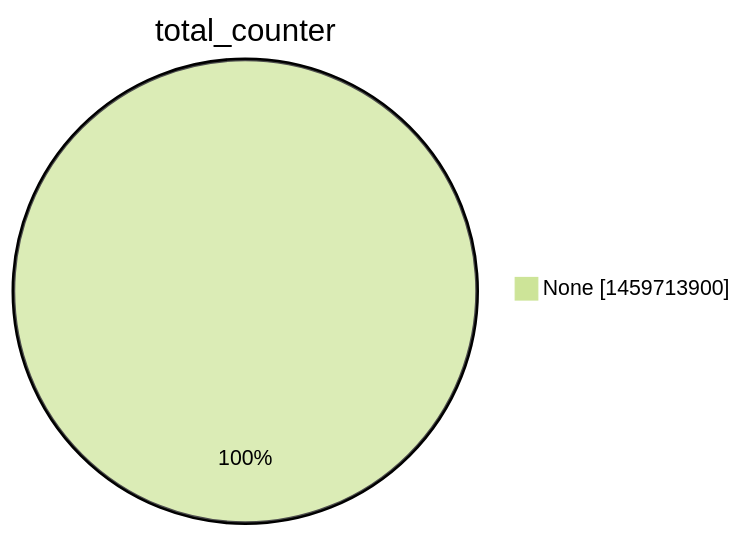
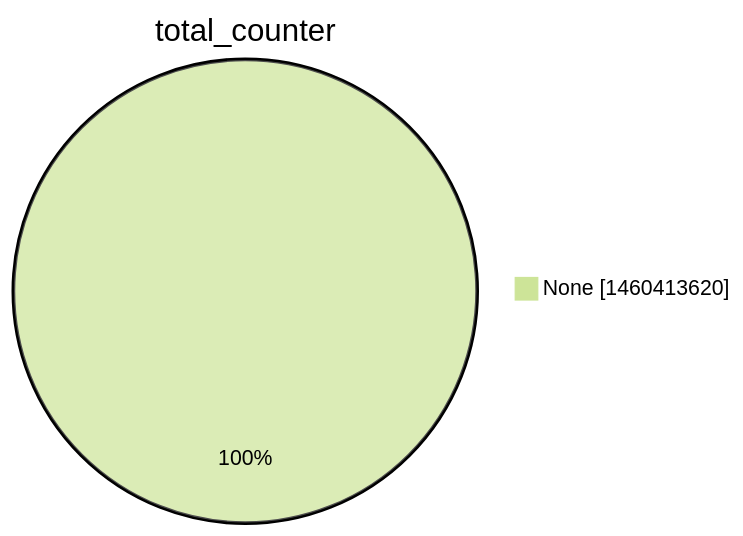
Before and after one commit to christiankrug/ctmonitor_visualization: the second of 15 diagrams in argon2022/README.md, drawn with Mermaid (forest theme). The commit also changed other lines of this file, not shown here.

````diff
--- a/argon2022/README.md
+++ b/argon2022/README.md
@@ -9,5 +9,5 @@
 ```mermaid
 pie showData
 title total_counter
-"None" :1459713900
+"None" :1460413620
 ```
````
